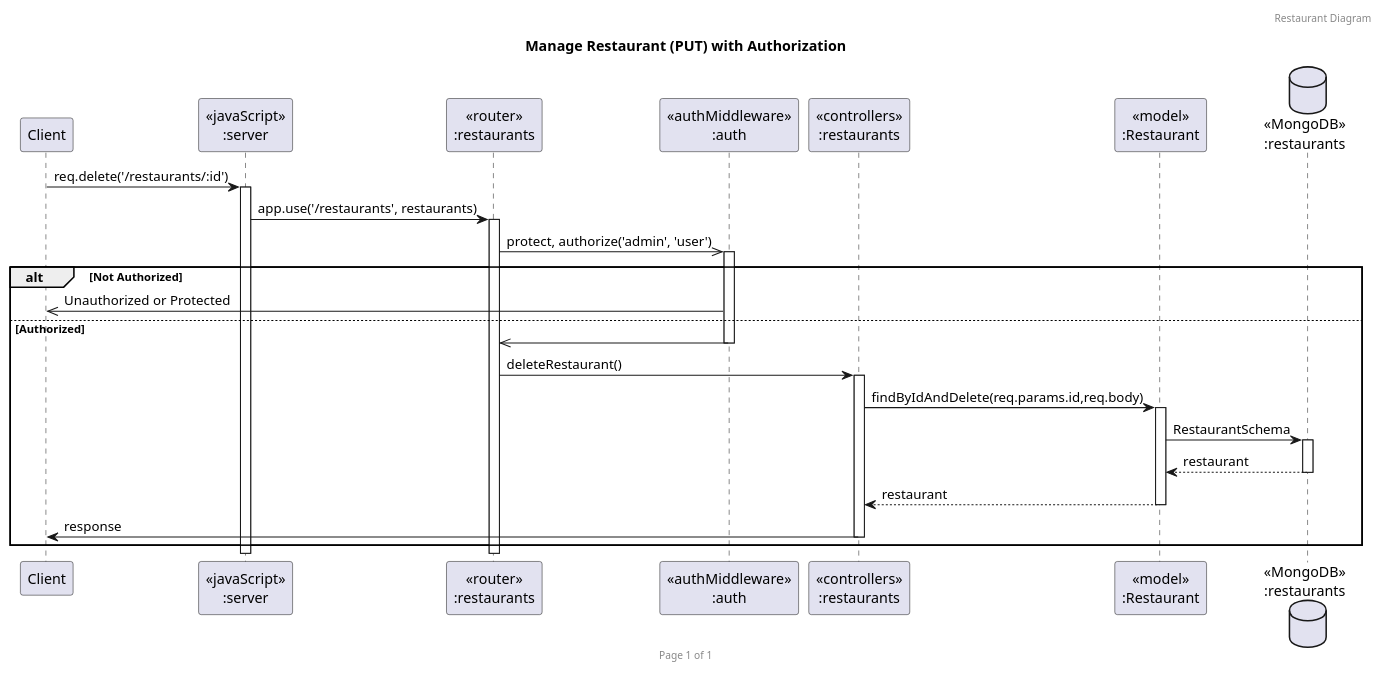
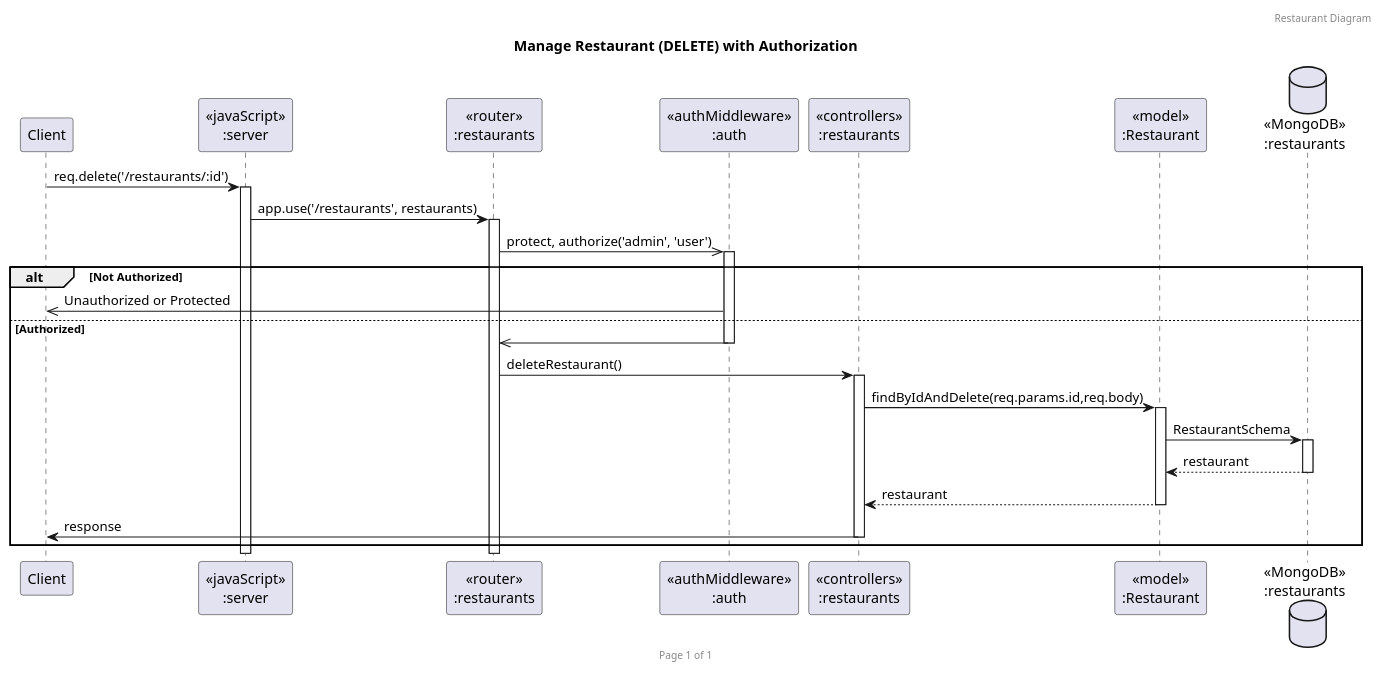
The diagram in uml/restaurant(delete).puml (punchanabu/redrice-backend-express), drawn with PlantUML before and after one commit. The commit also changed 7 other files, not shown here.

Commit message:
getall reserv uml

```diff
--- a/uml/restaurant(delete).puml
+++ b/uml/restaurant(delete).puml
@@ -1,32 +1,32 @@
 @startuml
 header Restaurant Diagram
 footer Page %page% of %lastpage%
-title "Manage Restaurant (PUT) with Authorization"
+title "Manage Restaurant (DELETE) with Authorization"
 
 participant "Client" as client
 participant "<<javaScript>>\n:server" as server
 participant "<<router>>\n:restaurants" as routerRestaurants
 participant "<<authMiddleware>>\n:auth" as authMiddleware
 participant "<<controllers>>\n:restaurants" as controllersRestaurants
 participant "<<model>>\n:Restaurant" as modelRestaurant
 database "<<MongoDB>>\n:restaurants" as RestaurantsDatabase
 
 client->server ++:req.delete('/restaurants/:id')
 server->routerRestaurants ++:app.use('/restaurants', restaurants)
 routerRestaurants->>authMiddleware ++:protect, authorize('admin', 'user')
 
 alt Not Authorized
     authMiddleware->>client :Unauthorized or Protected
 else Authorized
     authMiddleware->>routerRestaurants -- :
     routerRestaurants->controllersRestaurants ++:deleteRestaurant()
     controllersRestaurants->modelRestaurant ++:findByIdAndDelete(req.params.id,req.body)
     modelRestaurant ->RestaurantsDatabase ++: RestaurantSchema
     RestaurantsDatabase --> modelRestaurant --: restaurant
     controllersRestaurants <-- modelRestaurant --: restaurant
     controllersRestaurants->client --:response
 end
 
 
 
 @enduml
```
